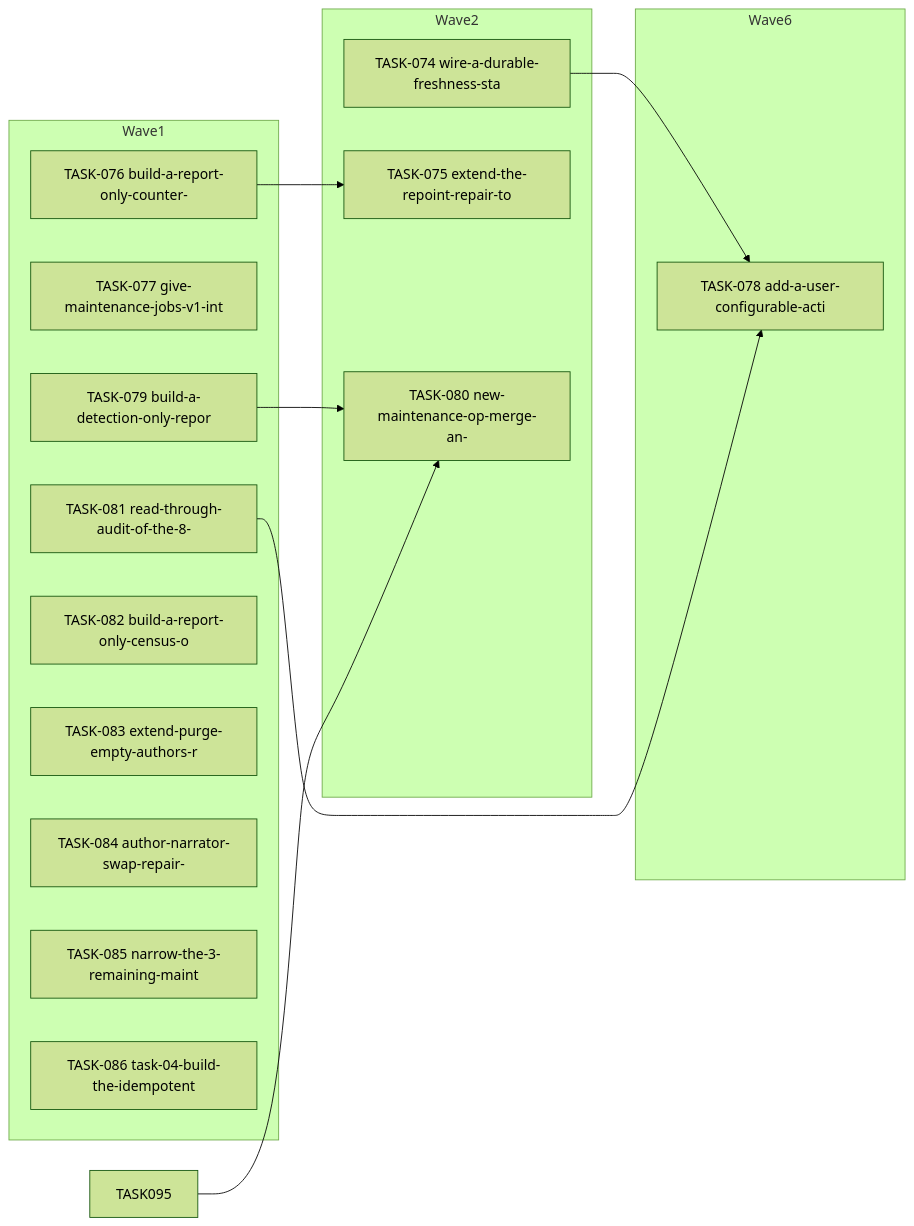
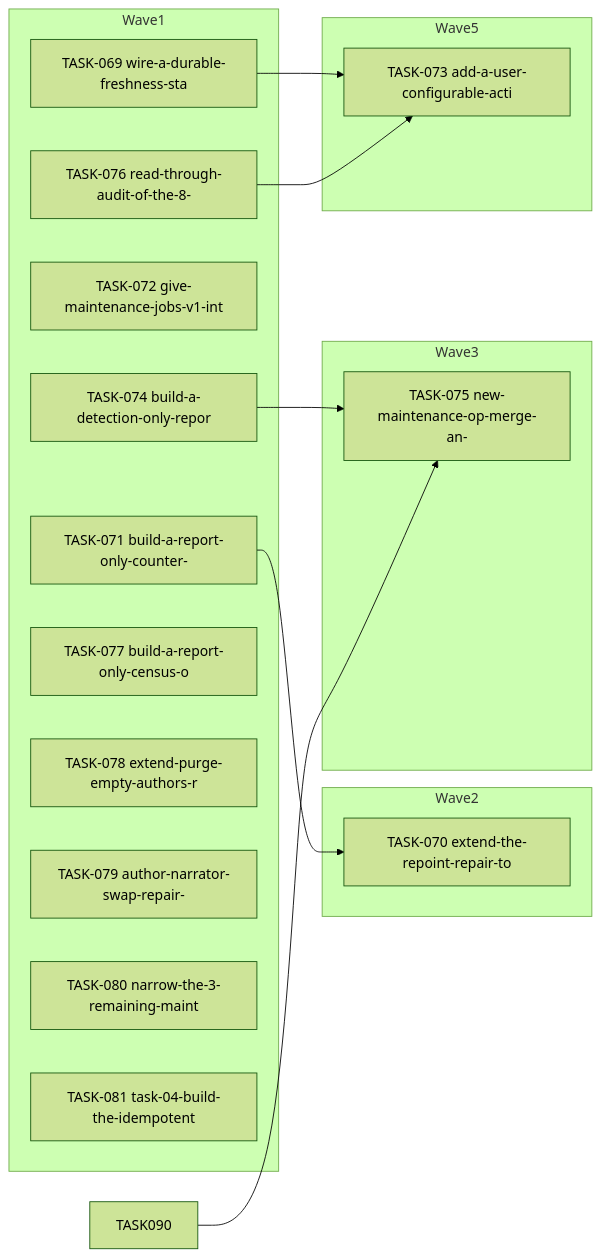
One commit to falkcorp/audiobook-organizer changed the diagram in docs/agent-tasks/todo-completion/maintenance/orchestration.md. Above: the diagram before and after it, drawn with Mermaid (forest theme). The commit also changed other lines of this file and 428 other files, not shown here.

````diff
--- a/docs/agent-tasks/todo-completion/maintenance/orchestration.md
+++ b/docs/agent-tasks/todo-completion/maintenance/orchestration.md
@@ -12,27 +12,29 @@
 ```mermaid
 flowchart LR
     subgraph Wave1
-      TASK076[TASK-076 build-a-report-only-counter-]
-      TASK077[TASK-077 give-maintenance-jobs-v1-int]
-      TASK079[TASK-079 build-a-detection-only-repor]
-      TASK081[TASK-081 read-through-audit-of-the-8-]
-      TASK082[TASK-082 build-a-report-only-census-o]
-      TASK083[TASK-083 extend-purge-empty-authors-r]
-      TASK084[TASK-084 author-narrator-swap-repair-]
-      TASK085[TASK-085 narrow-the-3-remaining-maint]
-      TASK086[TASK-086 task-04-build-the-idempotent]
+      TASK069[TASK-069 wire-a-durable-freshness-sta]
+      TASK071[TASK-071 build-a-report-only-counter-]
+      TASK072[TASK-072 give-maintenance-jobs-v1-int]
+      TASK074[TASK-074 build-a-detection-only-repor]
+      TASK076[TASK-076 read-through-audit-of-the-8-]
+      TASK077[TASK-077 build-a-report-only-census-o]
+      TASK078[TASK-078 extend-purge-empty-authors-r]
+      TASK079[TASK-079 author-narrator-swap-repair-]
+      TASK080[TASK-080 narrow-the-3-remaining-maint]
+      TASK081[TASK-081 task-04-build-the-idempotent]
     end
     subgraph Wave2
-      TASK074[TASK-074 wire-a-durable-freshness-sta]
-      TASK075[TASK-075 extend-the-repoint-repair-to]
-      TASK080[TASK-080 new-maintenance-op-merge-an-]
+      TASK070[TASK-070 extend-the-repoint-repair-to]
     end
-    subgraph Wave6
-      TASK078[TASK-078 add-a-user-configurable-acti]
+    subgraph Wave3
+      TASK075[TASK-075 new-maintenance-op-merge-an-]
     end
-    TASK074 --> TASK078
-    TASK076 --> TASK075
-    TASK079 --> TASK080
-    TASK081 --> TASK078
-    TASK095 --> TASK080
+    subgraph Wave5
+      TASK073[TASK-073 add-a-user-configurable-acti]
+    end
+    TASK069 --> TASK073
+    TASK071 --> TASK070
+    TASK074 --> TASK075
+    TASK076 --> TASK073
+    TASK090 --> TASK075
 ```
````
